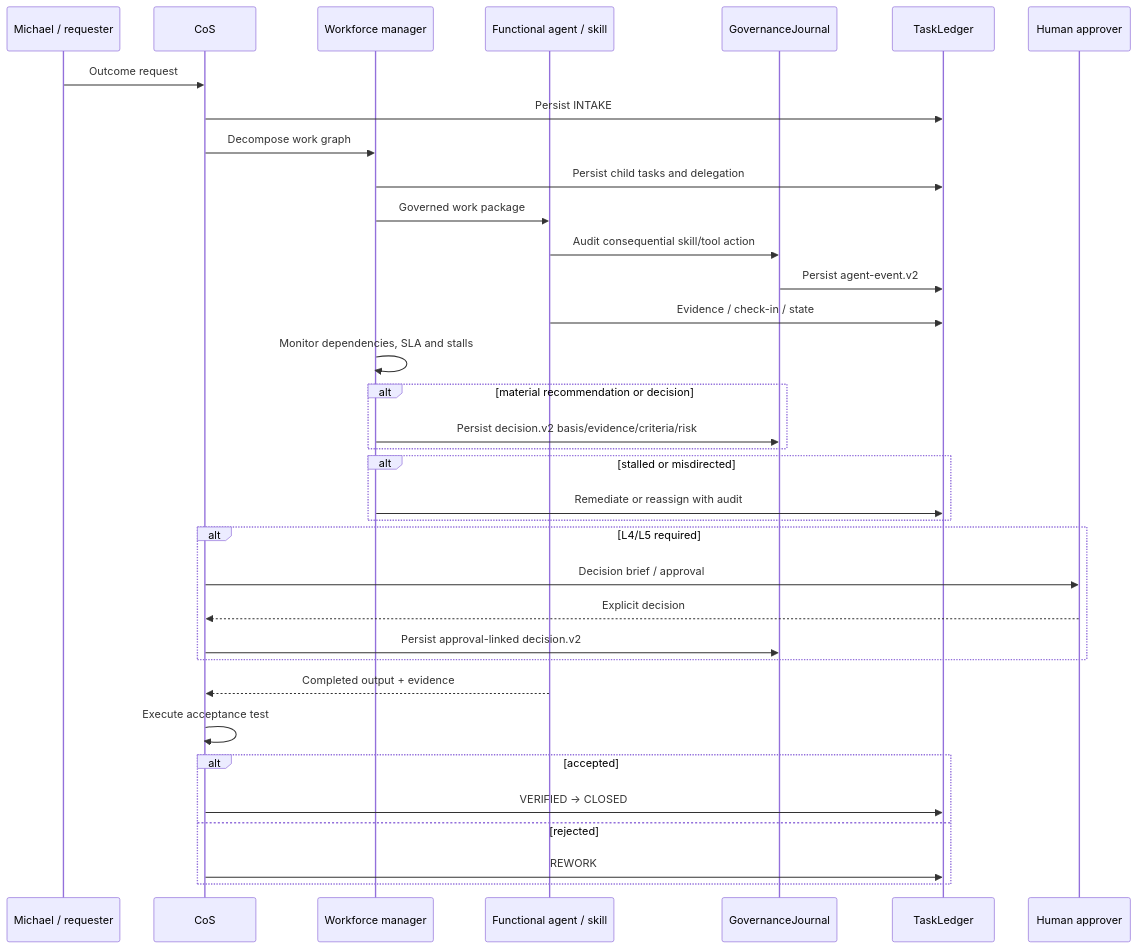
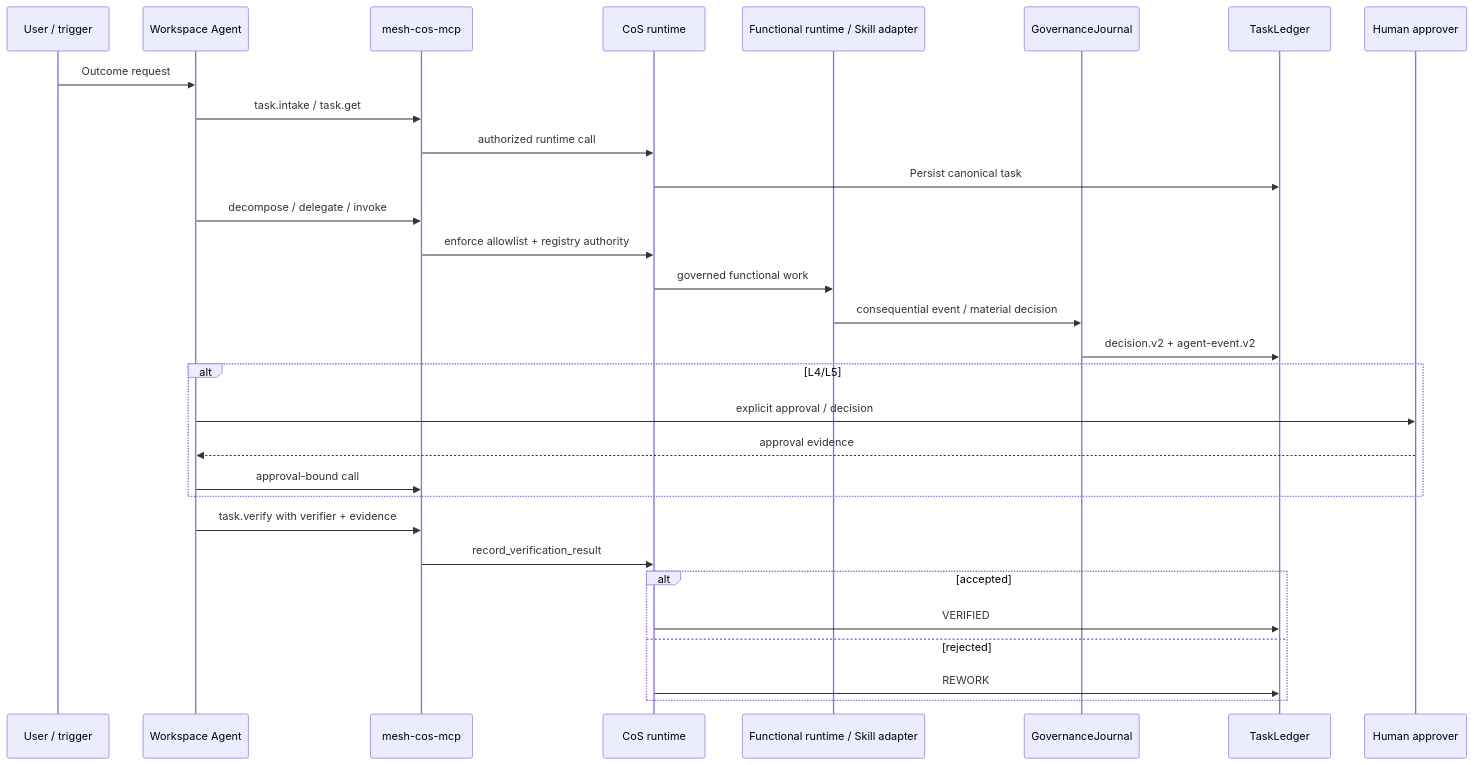
The third of 3 diagrams in docs/architecture.md (mkleinbe/mesh-ai-agent-cos-universe), drawn with Mermaid before and after one commit. The commit also changed other lines of this file, not shown here.

Commit message:
docs: add Workspace Agent and MCP architecture

````diff
--- a/docs/architecture.md
+++ b/docs/architecture.md
@@ -85,38 +96,33 @@
 ```mermaid
 sequenceDiagram
-    participant M as Michael / requester
-    participant C as CoS
-    participant W as Workforce manager
-    participant F as Functional agent / skill
+    participant U as User / trigger
+    participant W as Workspace Agent
+    participant M as mesh-cos-mcp
+    participant C as CoS runtime
+    participant F as Functional runtime / Skill adapter
     participant G as GovernanceJournal
     participant L as TaskLedger
     participant H as Human approver
 
-    M->>C: Outcome request
-    C->>L: Persist INTAKE
-    C->>W: Decompose work graph
-    W->>L: Persist child tasks and delegation
-    W->>F: Governed work package
-    F->>G: Audit consequential skill/tool action
-    G->>L: Persist agent-event.v2
-    F->>L: Evidence / check-in / state
-    W->>W: Monitor dependencies, SLA and stalls
-    alt material recommendation or decision
-        W->>G: Persist decision.v2 basis/evidence/criteria/risk
+    U->>W: Outcome request
+    W->>M: task.intake / task.get
+    M->>C: authorized runtime call
+    C->>L: Persist canonical task
+    W->>M: decompose / delegate / invoke
+    M->>C: enforce allowlist + registry authority
+    C->>F: governed functional work
+    F->>G: consequential event / material decision
+    G->>L: decision.v2 + agent-event.v2
+    alt L4/L5
+      W->>H: explicit approval / decision
+      H-->>W: approval evidence
+      W->>M: approval-bound call
     end
-    alt stalled or misdirected
-        W->>L: Remediate or reassign with audit
-    end
-    alt L4/L5 required
-        C->>H: Decision brief / approval
-        H-->>C: Explicit decision
-        C->>G: Persist approval-linked decision.v2
-    end
-    F-->>C: Completed output + evidence
-    C->>C: Execute acceptance test
+    W->>M: task.verify with verifier + evidence
+    M->>C: record_verification_result
     alt accepted
-        C->>L: VERIFIED -> CLOSED
+      C->>L: VERIFIED
     else rejected
-        C->>L: REWORK
+      C->>L: REWORK
     end
 ```
````
